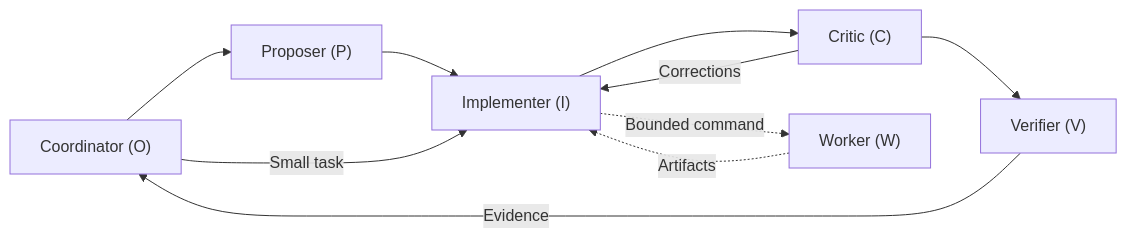
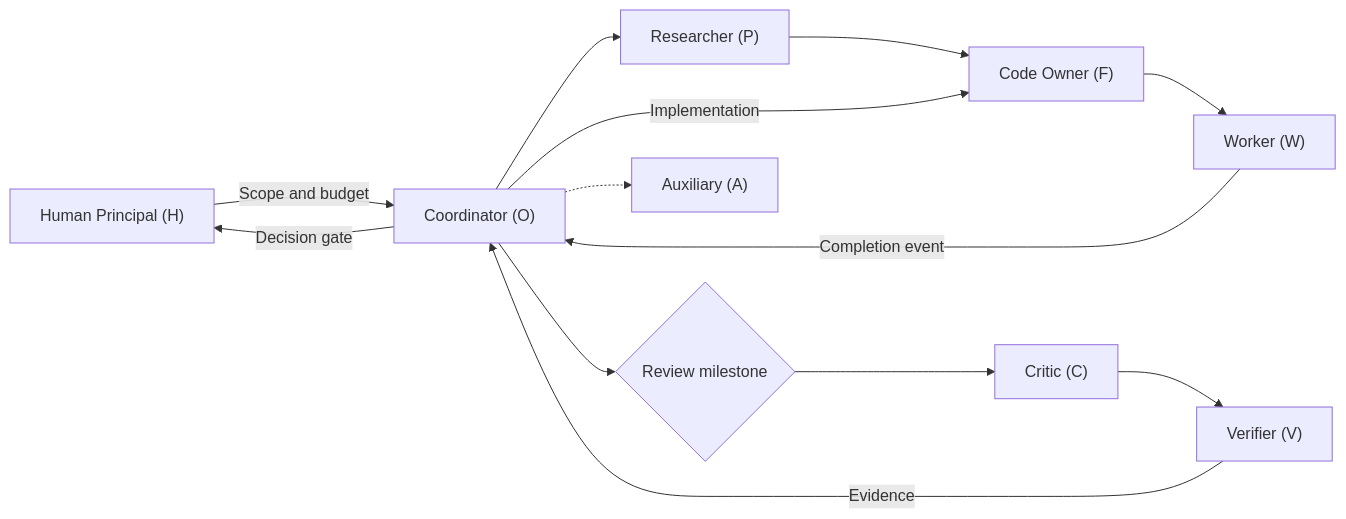
Before and after one commit to TianMingKanae/engineering-multi-ai-skills: the diagram in README.md, drawn with Mermaid. The commit also changed other lines of this file and 21 other files, not shown here.

Commit message:
Add human gates, milestone routing and node-aware governance

````diff
--- a/README.md
+++ b/README.md
@@ -7,12 +7,15 @@
 ```mermaid
 flowchart LR
-    O["Coordinator (O)"] --> P["Proposer (P)"]
-    P --> I["Implementer (I)"]
-    O -->|Small task| I
-    I --> C["Critic (C)"]
-    C -->|Corrections| I
+    H["Human Principal (H)"] -->|Scope and budget| O["Coordinator (O)"]
+    O --> P["Researcher (P)"]
+    P --> F["Code Owner (F)"]
+    O -->|Implementation| F
+    F --> W["Worker (W)"]
+    W -->|Completion event| O
+    O --> G{"Review milestone"}
+    G --> C["Critic (C)"]
     C --> V["Verifier (V)"]
     V -->|Evidence| O
-    I -.->|Bounded command| W["Worker (W)"]
-    W -.->|Artifacts| I
+    O -->|Decision gate| H
+    O -.-> A["Auxiliary (A)"]
 ```
````
